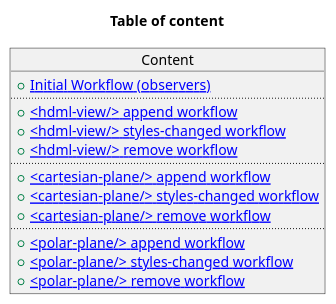
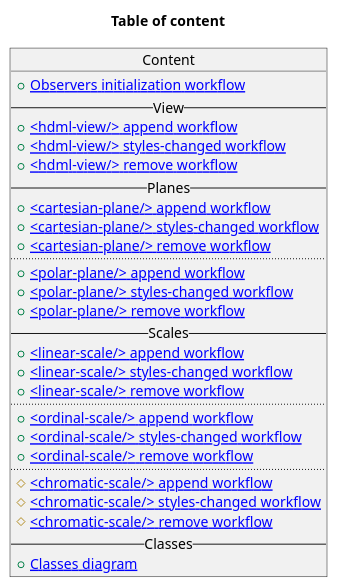
Before and after one commit to hdml-github/hdml: the first of 15 diagrams in uml/puml/charts.puml, drawn with PlantUML. The commit also changed other lines of this file and 11 other files, not shown here.

```diff
--- a/uml/puml/charts.puml
+++ b/uml/puml/charts.puml
@@ -1,19 +1,36 @@
 @startuml index
   title Table of content
 
   object Content {
-    +[[./init_workflow.svg Initial Workflow (observers)]]
-    ....
+    +[[./init_workflow.svg Observers initialization workflow]]
+    
+    --View--
     +[[./hdml_view_append.svg <hdml-view/> append workflow]]
     +[[./hdml_view_styles_changed.svg <hdml-view/> styles-changed workflow]]
     +[[./hdml_view_remove.svg <hdml-view/> remove workflow]]
-    ....
+    
+    --Planes--
     +[[./cartesian_plane_append.svg <cartesian-plane/> append workflow]]
     +[[./cartesian_plane_styles_changed.svg <cartesian-plane/> styles-changed workflow]]
     +[[./cartesian_plane_remove.svg <cartesian-plane/> remove workflow]]
     ....
     +[[./polar_plane_append.svg <polar-plane/> append workflow]]
     +[[./polar_plane_styles_changed.svg <polar-plane/> styles-changed workflow]]
     +[[./polar_plane_remove.svg <polar-plane/> remove workflow]]
+    
+    --Scales--
+    +[[./linear_scale_append.svg <linear-scale/> append workflow]]
+    +[[./linear_scale_styles_changed.svg <linear-scale/> styles-changed workflow]]
+    +[[./linear_scale_remove.svg <linear-scale/> remove workflow]]
+    ....
+    +[[./ordinal_scale_append.svg <ordinal-scale/> append workflow]]
+    +[[./ordinal_scale_styles_changed.svg <ordinal-scale/> styles-changed workflow]]
+    +[[./ordinal_scale_remove.svg <ordinal-scale/> remove workflow]]
+    ....
+    #[[./chromatic_scale_append.svg <chromatic-scale/> append workflow]]
+    #[[./chromatic_scale_styles_changed.svg <chromatic-scale/> styles-changed workflow]]
+    #[[./chromatic_scale_remove.svg <chromatic-scale/> remove workflow]]
+    --Classes--
+    +[[./classes.svg Classes diagram]]
   }
 @enduml
```
